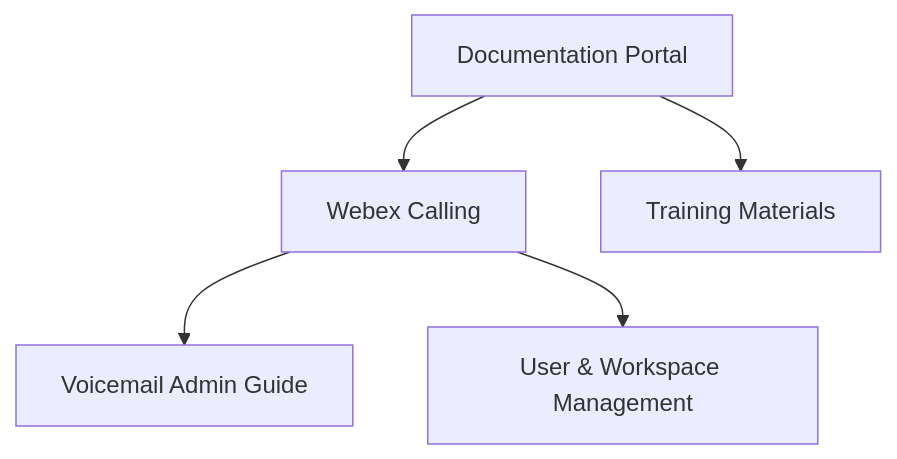
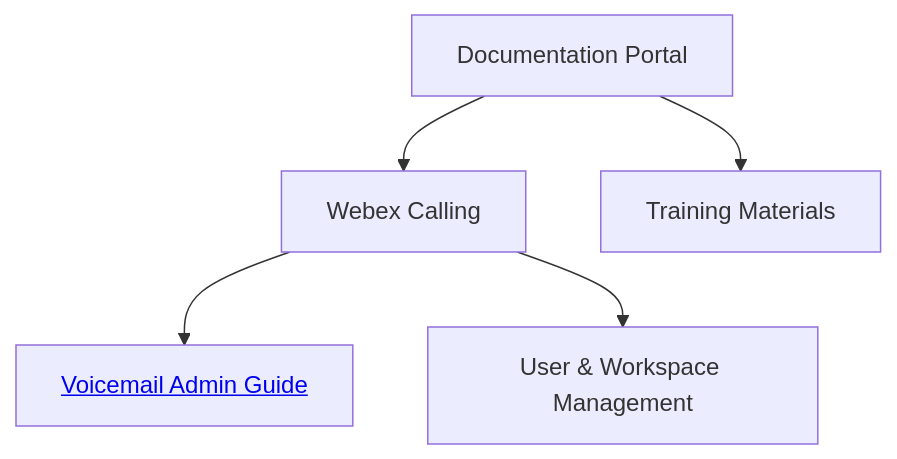
The diagram in docs/index.md (kvaksin/mkdocsdemo), drawn with Mermaid before and after one commit.

```diff
--- a/docs/index.md
+++ b/docs/index.md
@@ -42,10 +42,12 @@
 <div class="mermaid">
 
+%%{init: {'securityLevel':'loose'}}%%
 flowchart TD
-    A[Documentation Portal] --> B[Webex Calling]
-    A --> C[Training Materials]
+A[Documentation Portal] --> B[Webex Calling]
+A --> C[Training Materials]
+B --> B1[<a href="webex-calling/voicemail.md" target="_blank">Voicemail Admin Guide</a>]
+B --> B2[User & Workspace Management]
 
-    B --> B1[Voicemail Admin Guide]
-    B --> B2[User & Workspace Management]
+
 
 </div>
```
